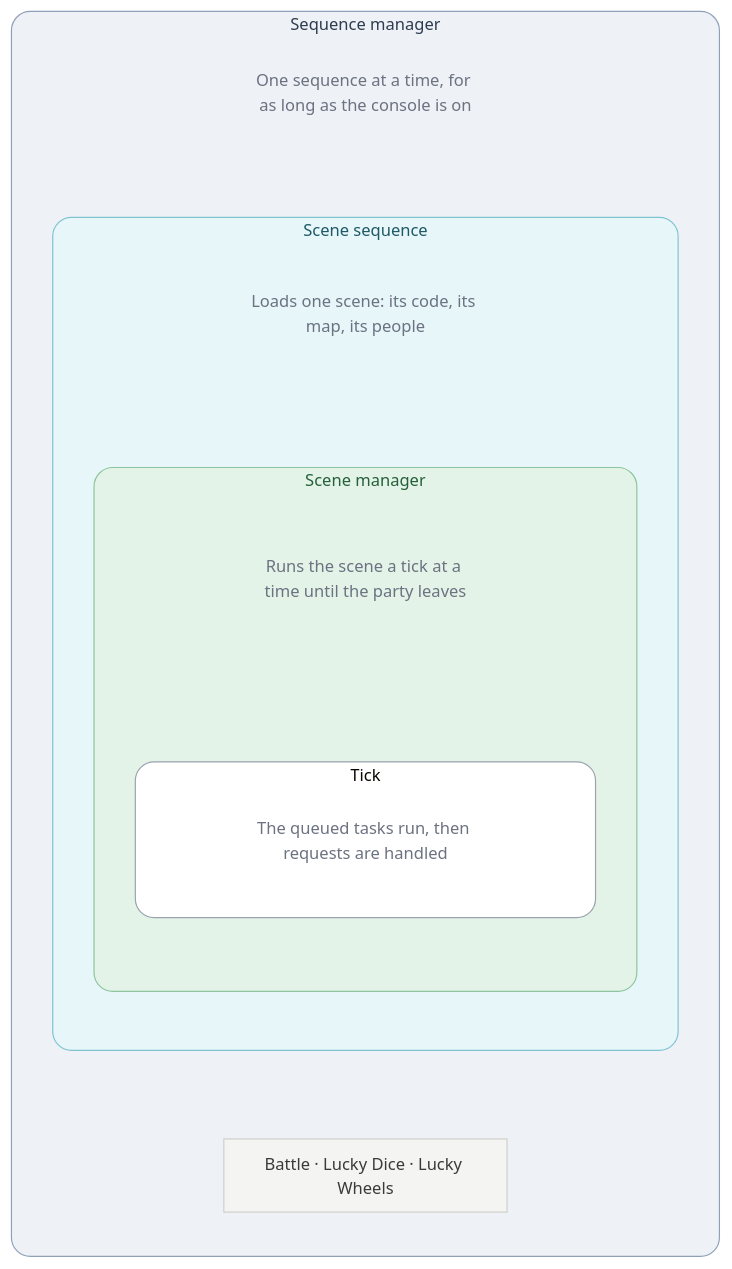
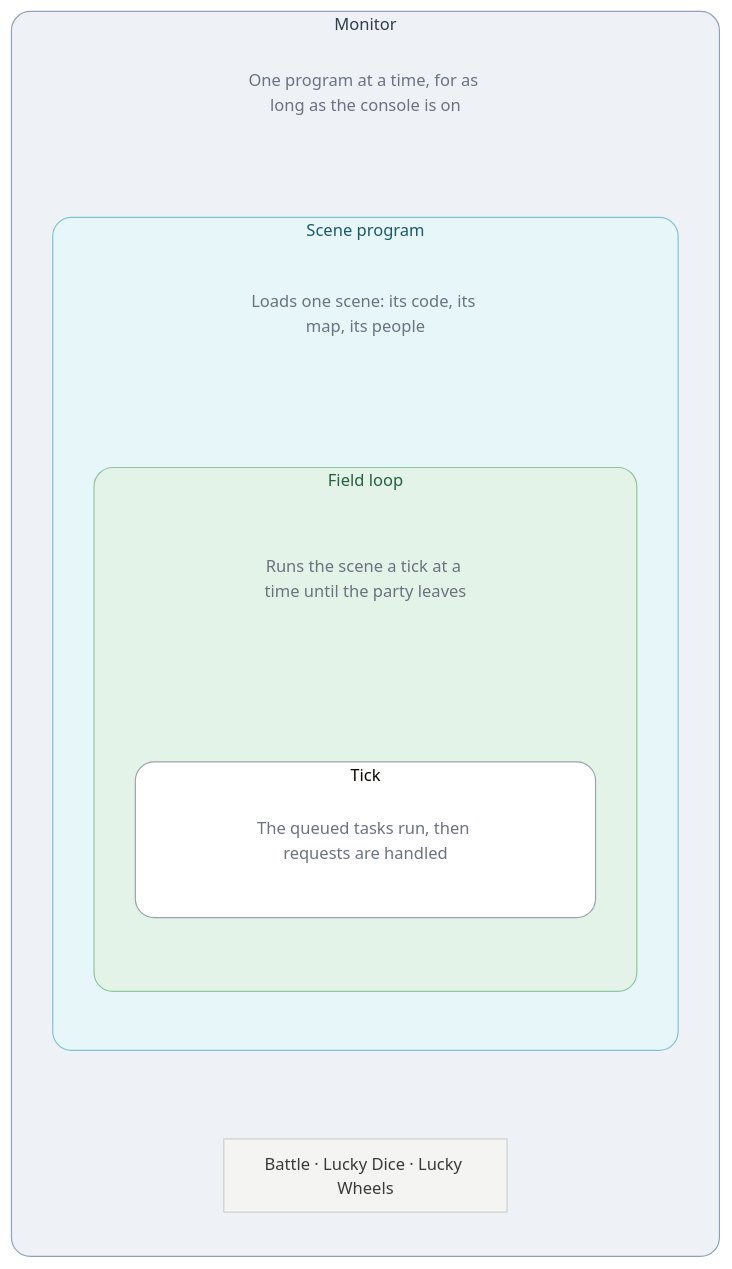
The first of 9 diagrams in games/tbs/README.md (PascalPixel/alchemy), drawn with Mermaid before and after one commit. The commit also changed other lines of this file and 31 other files, not shown here.

First line of the commit message:
☀️ Monitor, programs, field loop and persistent state in the words too

````diff
--- a/games/tbs/README.md
+++ b/games/tbs/README.md
@@ -34,33 +34,33 @@
 ```mermaid
 %%{init: {"theme": "base", "themeVariables": {"lineColor": "#9AA3AE", "fontSize": "14px"}, "flowchart": {"padding": 10}}}%%
 flowchart TB
-  subgraph seqm ["Sequence manager"]
+  subgraph seqm ["Monitor"]
     direction TB
-    c1["One sequence at a time, for as long as the console is on"]
-    subgraph scene ["Scene sequence"]
+    c1["One program at a time, for as long as the console is on"]
+    subgraph scene ["Scene program"]
       direction TB
       c2["Loads one scene: its code, its map, its people"]
-      subgraph mgr ["Scene manager"]
+      subgraph mgr ["Field loop"]
         direction TB
         c3["Runs the scene a tick at a time until the party leaves"]
         subgraph tick ["Tick"]
           direction LR
           c4["The queued tasks run, then requests are handled"]
         end
       end
     end
     others["Battle · Lucky Dice · Lucky Wheels"]
   end
   c1 ~~~ scene
   c2 ~~~ mgr
   c3 ~~~ tick
   scene ~~~ others
   classDef caption fill:transparent,stroke:transparent,color:#6B7280
   classDef step fill:#F4F4F2,stroke:#CFCFCB,color:#3A3A38
   class c1,c2,c3,c4 caption
   class others step
   style seqm fill:#EEF1F6,stroke:#8FA0B8,color:#2E3C50,rx:16,ry:16
   style scene fill:#E6F6F9,stroke:#7FC3D0,color:#1E5966,rx:16,ry:16
   style mgr fill:#E4F3E8,stroke:#8DC49E,color:#25603A,rx:16,ry:16
   style tick fill:#FFFFFF,stroke:#9AA3AE,rx:16,ry:16
 ```
````
